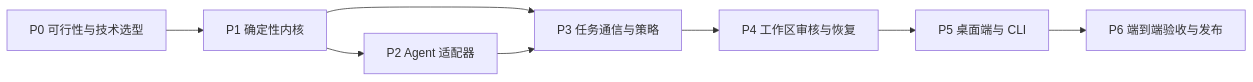
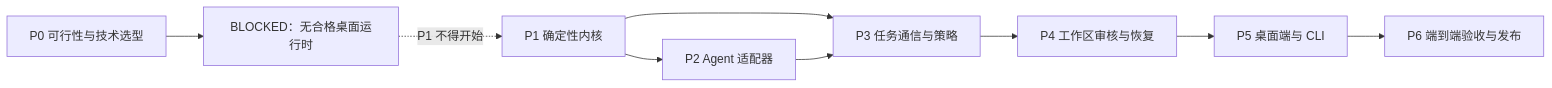
One commit to S1nc-777/AgentTown changed the diagram in docs/superpowers/plans/2026-07-20-agenttown-implementation-roadmap.md. Above: the diagram before and after it, drawn with Mermaid. The commit also changed other lines of this file and 1 other file, not shown here.

Commit message:
docs: record blocked desktop runtime decision

````diff
--- a/docs/superpowers/plans/2026-07-20-agenttown-implementation-roadmap.md
+++ b/docs/superpowers/plans/2026-07-20-agenttown-implementation-roadmap.md
@@ -11,10 +11,11 @@
 ```mermaid
 flowchart LR
-    P0["P0 可行性与技术选型"] --> P1["P1 确定性内核"]
+    P0["P0 可行性与技术选型"] --> BLOCKED["BLOCKED：无合格桌面运行时"]
+    BLOCKED -. "P1 不得开始" .-> P1["P1 确定性内核"]
     P1 --> P2["P2 Agent 适配器"]
     P1 --> P3["P3 任务通信与策略"]
     P2 --> P3
     P3 --> P4["P4 工作区审核与恢复"]
     P4 --> P5["P5 桌面端与 CLI"]
     P5 --> P6["P6 端到端验收与发布"]
 ```
````
